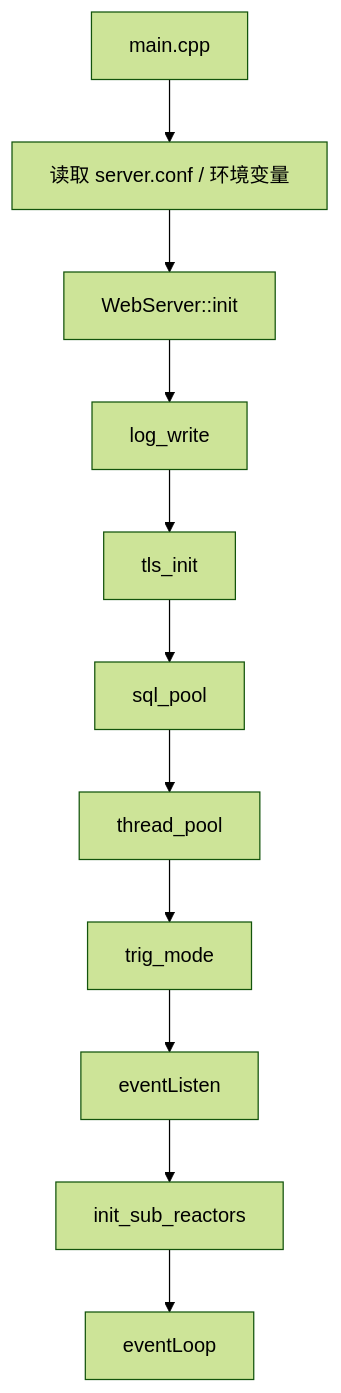
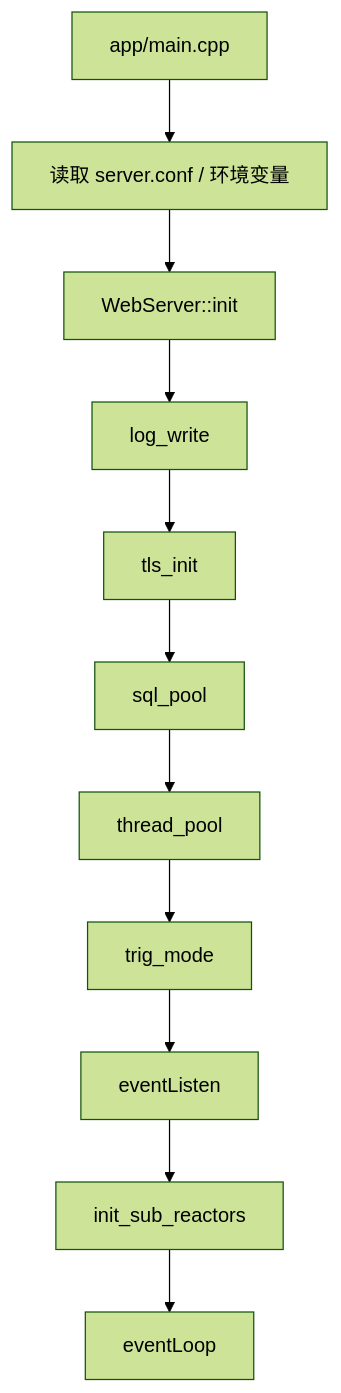
The second of 7 diagrams in docs/architecture.md (wjg12345678/High-performance-gateway), drawn with Mermaid (forest theme) before and after one commit. The commit also changed other lines of this file and 131 other files, not shown here.

````diff
--- a/docs/architecture.md
+++ b/docs/architecture.md
@@ -38,13 +38,13 @@
 ```mermaid
 flowchart TD
-    A[main.cpp] --> B[读取 server.conf / 环境变量]
+    A[app/main.cpp] --> B[读取 server.conf / 环境变量]
     B --> C[WebServer::init]
     C --> D[log_write]
     D --> E[tls_init]
     E --> F[sql_pool]
     F --> G[thread_pool]
     G --> H[trig_mode]
     H --> I[eventListen]
     I --> J[init_sub_reactors]
     J --> K[eventLoop]
 ```
````
